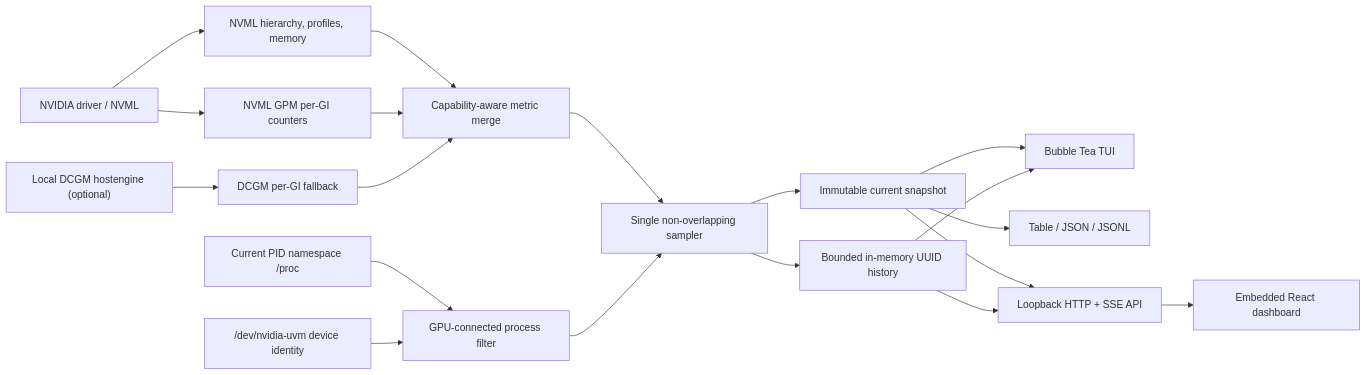
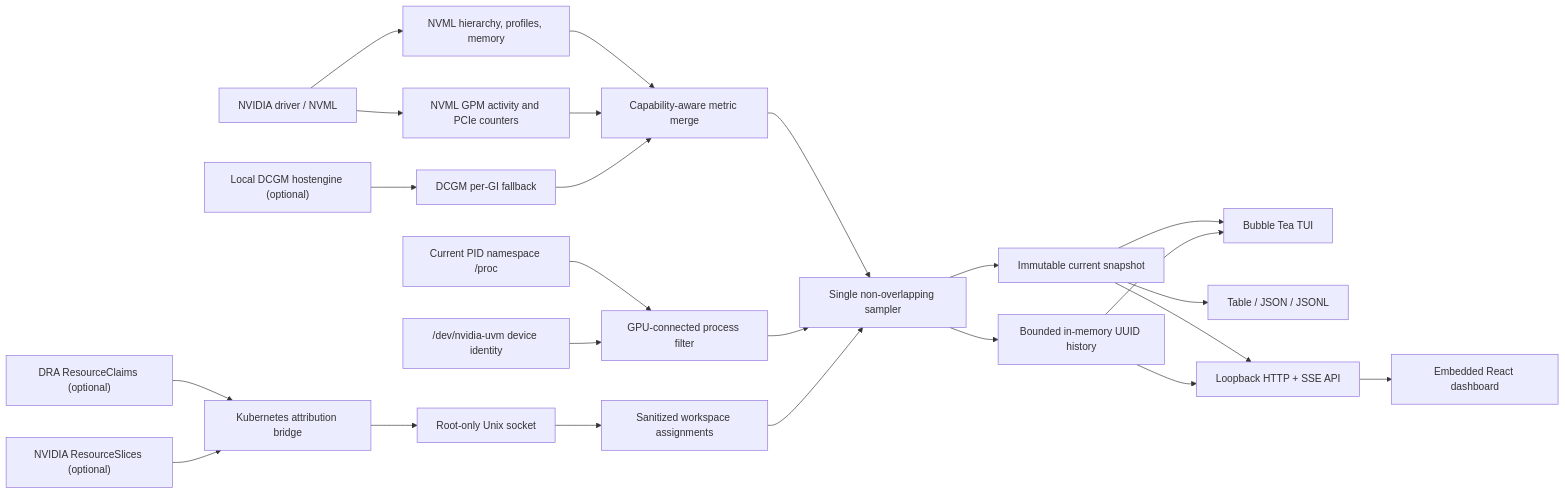
Before and after one commit to intellisys-stevens/leviathan: the diagram in docs/assets/architecture.mmd, drawn with Mermaid. The commit also changed 118 other files, not shown here.

```diff
--- a/docs/assets/architecture.mmd
+++ b/docs/assets/architecture.mmd
@@ -1,21 +1,27 @@
 flowchart LR
   driver["NVIDIA driver / NVML"] --> nvml["NVML hierarchy, profiles, memory"]
-  driver --> gpm["NVML GPM per-GI counters"]
+  driver --> gpm["NVML GPM activity and PCIe counters"]
   hostengine["Local DCGM hostengine (optional)"] --> dcgm["DCGM per-GI fallback"]
   nvml --> merge["Capability-aware metric merge"]
   gpm --> merge
   dcgm --> merge
 
   proc["Current PID namespace /proc"] --> identity["GPU-connected process filter"]
   uvm["/dev/nvidia-uvm device identity"] --> identity
   merge --> sampler["Single non-overlapping sampler"]
   identity --> sampler
 
+  claims["DRA ResourceClaims (optional)"] --> bridge["Kubernetes attribution bridge"]
+  slices["NVIDIA ResourceSlices (optional)"] --> bridge
+  bridge --> socket["Root-only Unix socket"]
+  socket --> attribution["Sanitized workspace assignments"]
+  attribution --> sampler
+
   sampler --> current["Immutable current snapshot"]
   sampler --> history["Bounded in-memory UUID history"]
   current --> tui["Bubble Tea TUI"]
   current --> cli["Table / JSON / JSONL"]
   current --> api["Loopback HTTP + SSE API"]
   history --> tui
   history --> api
   api --> browser["Embedded React dashboard"]
```
